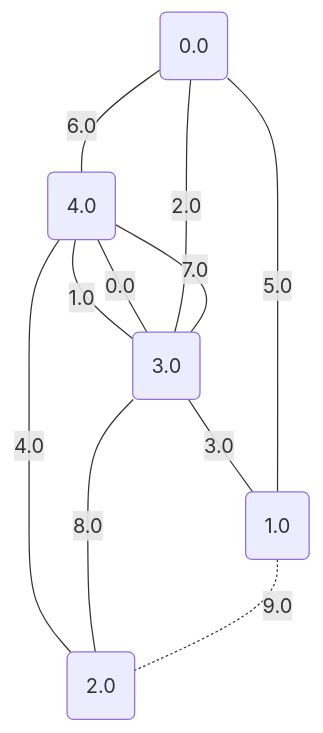
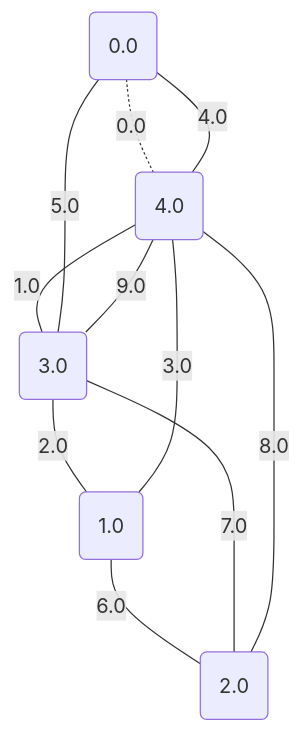
One commit to metury/graphs changed diagram 12 of 17 in project/src/testing/minCutPetersen.md. Above: the diagram before and after it, drawn with Mermaid. The commit also changed other lines of this file and 52 other files, not shown here.

````diff
--- a/project/src/testing/minCutPetersen.md
+++ b/project/src/testing/minCutPetersen.md
@@ -314,18 +314,18 @@
 ```mermaid
 graph TD;
 0("0.0");
 1("1.0");
 2("2.0");
 3("3.0");
 4("4.0");
-	3 -- "0.0" --- 4;
+	0 -. "0.0" -.- 4;
 	4 -- "1.0" --- 3;
-	3 -- "2.0" --- 0;
-	3 -- "3.0" --- 1;
-	4 -- "4.0" --- 2;
-	0 -- "5.0" --- 1;
-	0 -- "6.0" --- 4;
-	3 -- "7.0" --- 4;
-	3 -- "8.0" --- 2;
-	1 -. "9.0" -.- 2;
+	3 -- "2.0" --- 1;
+	1 -- "3.0" --- 4;
+	4 -- "4.0" --- 0;
+	0 -- "5.0" --- 3;
+	1 -- "6.0" --- 2;
+	3 -- "7.0" --- 2;
+	4 -- "8.0" --- 2;
+	3 -- "9.0" --- 4;
 ```
````
